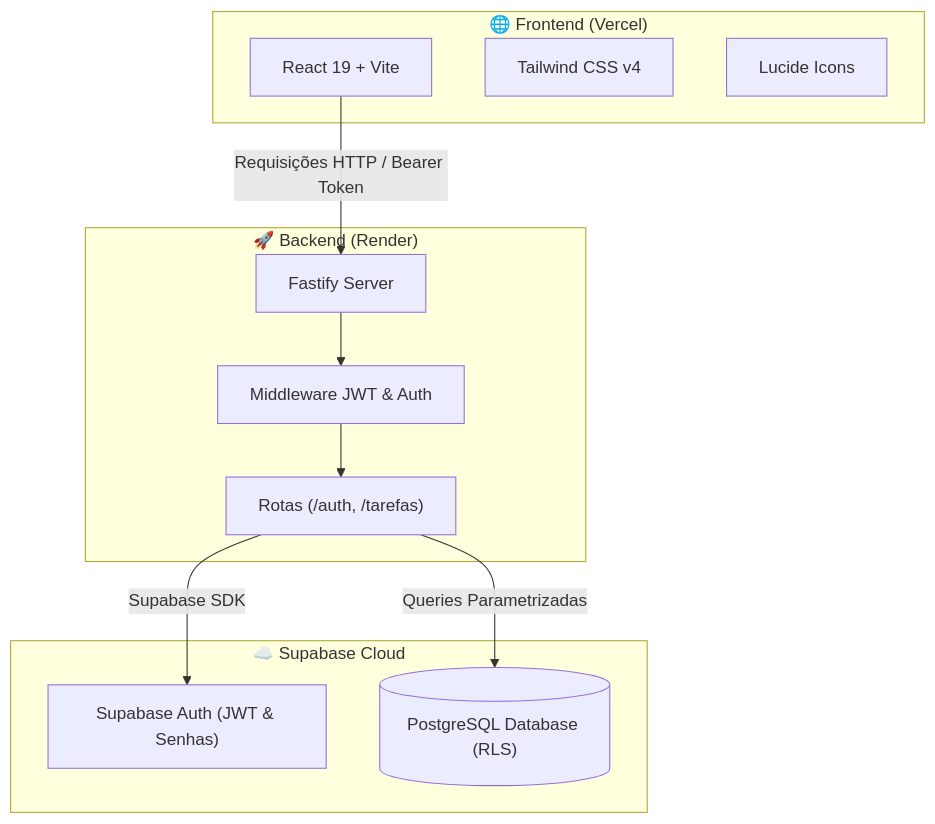
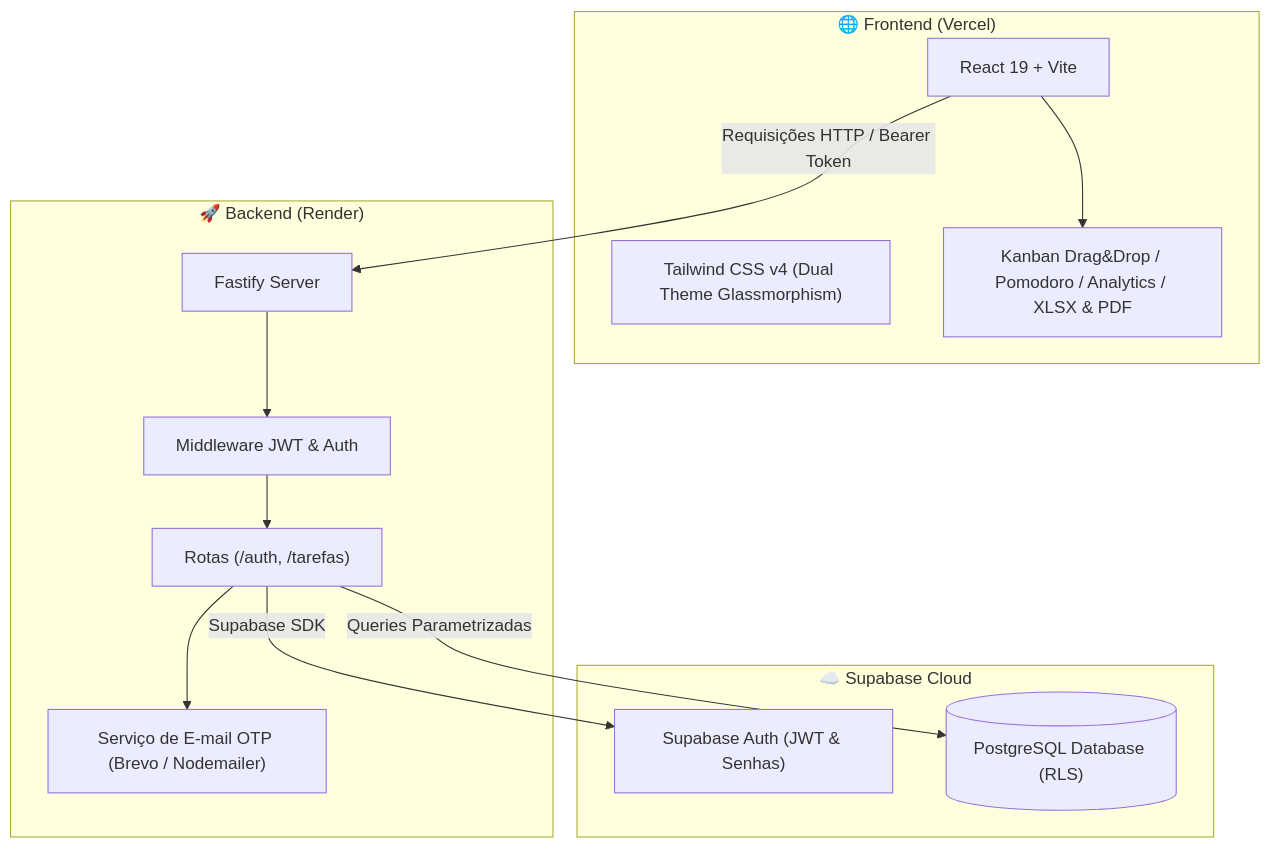
The diagram in README.md (rafaelccbr/GerenciadorDeTarefas), drawn with Mermaid before and after one commit. The commit also changed other lines of this file and 5 other files, not shown here.

Commit message:
feat(pro): adicionar timer pomodoro, drag and drop kanban, estatisticas, alertas, notas e atualizar readme

````diff
--- a/README.md
+++ b/README.md
@@ -73,25 +84,28 @@
 ```mermaid
 flowchart TD
     subgraph Cliente ["🌐 Frontend (Vercel)"]
         UI["React 19 + Vite"]
-        TW["Tailwind CSS v4"]
-        Icons["Lucide Icons"]
+        TW["Tailwind CSS v4 (Dual Theme Glassmorphism)"]
+        Pro["Kanban Drag&Drop / Pomodoro / Analytics / XLSX & PDF"]
     end
 
     subgraph Servidor ["🚀 Backend (Render)"]
         API["Fastify Server"]
         AuthMid["Middleware JWT & Auth"]
+        Mailer["Serviço de E-mail OTP (Brevo / Nodemailer)"]
         Routes["Rotas (/auth, /tarefas)"]
     end
 
     subgraph Nuvem ["☁️ Supabase Cloud"]
         SupaAuth["Supabase Auth (JWT & Senhas)"]
         Postgres[("PostgreSQL Database (RLS)")]
     end
 
     UI -->|Requisições HTTP / Bearer Token| API
+    UI --> Pro
     API --> AuthMid
     AuthMid --> Routes
+    Routes --> Mailer
     Routes -->|Supabase SDK| SupaAuth
     Routes -->|Queries Parametrizadas| Postgres
 ```
````
